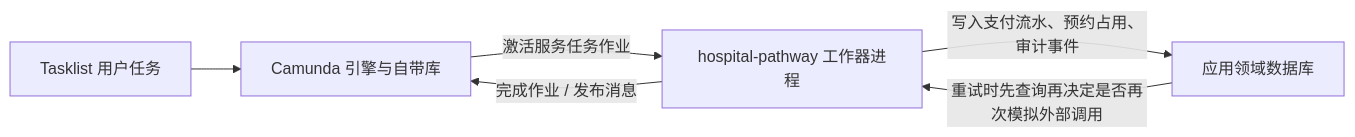
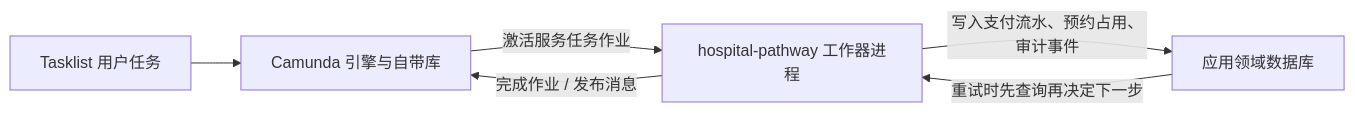
Before and after one commit to Estrella6066773/HW_AISD: the diagram in Est/est：外部工作器与领域数据库总指引.md, drawn with Mermaid. The commit also changed other lines of this file and 2 other files, not shown here.

````diff
--- a/Est/est：外部工作器与领域数据库总指引.md
+++ b/Est/est：外部工作器与领域数据库总指引.md
@@ -48,12 +49,12 @@
 ```mermaid
 flowchart LR
   tasklist[Tasklist 用户任务]
   engine[Camunda 引擎与自带库]
   workers[hospital-pathway 工作器进程]
   domainDb[应用领域数据库]
   tasklist --> engine
   engine -->|"激活服务任务作业"| workers
   workers -->|"完成作业 / 发布消息"| engine
   workers -->|"写入支付流水、预约占用、审计事件"| domainDb
-  domainDb -->|"重试时先查询再决定是否再次模拟外部调用"| workers
+  domainDb -->|"重试时先查询再决定下一步"| workers
 ```
````
